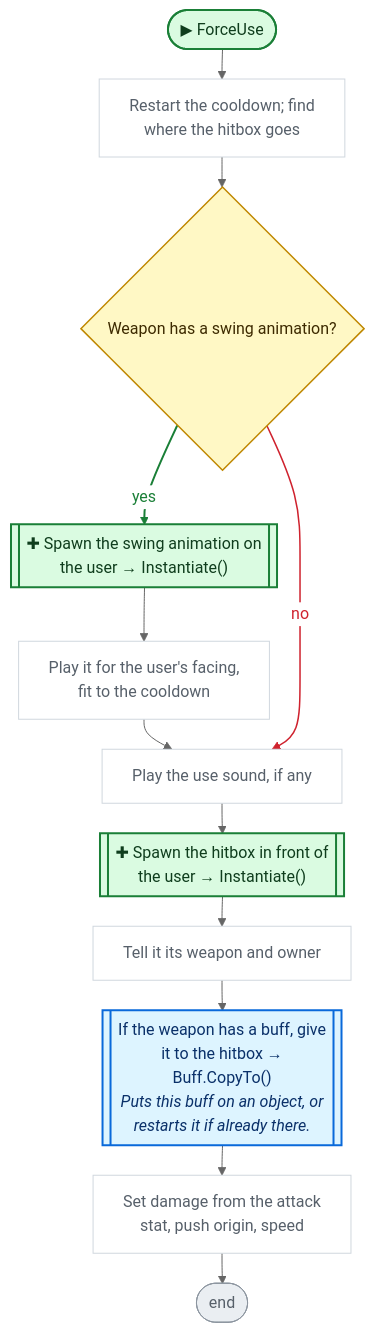
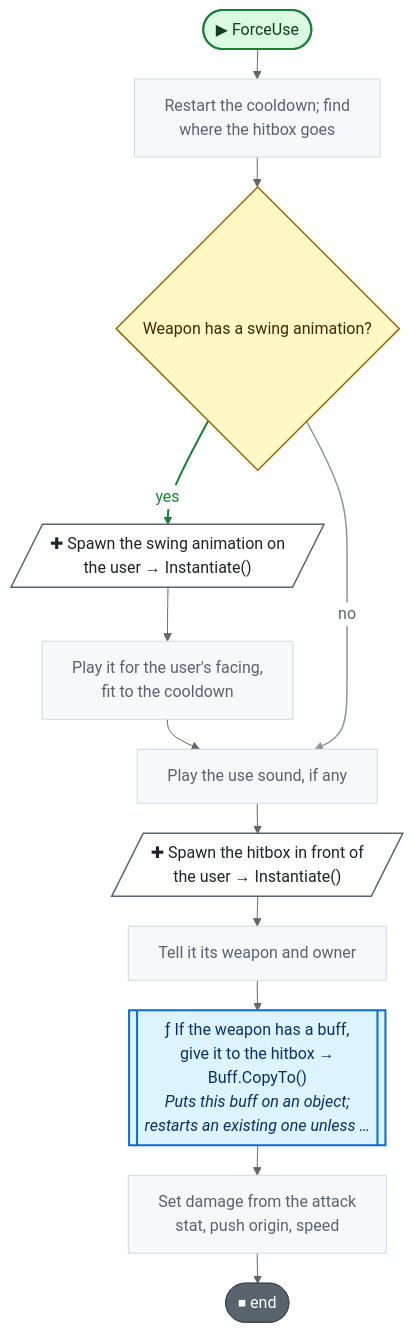
The third of 15 diagrams in CodeGraph~/graph/Player.cs.md (nataiai/Lord-of-the-Dungeon), drawn with Mermaid (neutral theme) before and after one commit. The commit also changed other lines of this file and 57 other files, not shown here.

````diff
--- a/CodeGraph~/graph/Player.cs.md
+++ b/CodeGraph~/graph/Player.cs.md
@@ -117,54 +119,54 @@
 ```mermaid
 ---
 config:
   flowchart:
     wrappingWidth: 260
     nodeSpacing: 26
     rankSpacing: 30
 ---
 flowchart TD
   nS(["▶ ForceUse"])
   n59933a["Restart the cooldown; find<br>where the hitbox goes"]
   n184ee8{"Weapon has a swing animation?"}
-  n5f085a[["✚ Spawn the swing animation on<br>the user → Instantiate()"]]
+  n5f085a[/"✚ Spawn the swing animation on<br>the user → Instantiate()"/]
   n591cb1["Play it for the user's facing,<br>fit to the cooldown"]
   n40e0cc["Play the use sound, if any"]
-  n7d38b4[["✚ Spawn the hitbox in front of<br>the user → Instantiate()"]]
+  n7d38b4[/"✚ Spawn the hitbox in front of<br>the user → Instantiate()"/]
   nfb7e5e["Tell it its weapon and owner"]
-  n5cabe4[["If the weapon has a buff, give<br>it to the hitbox →<br>Buff.CopyTo()<br><i>Puts this buff on an object, or</i><br><i>restarts it if already there.</i>"]]
+  n5cabe4[["ƒ If the weapon has a buff,<br>give it to the hitbox →<br>Buff.CopyTo()<br><i>Puts this buff on an object;</i><br><i>restarts an existing one unless …</i>"]]
   n8020f5["Set damage from the attack<br>stat, push origin, speed"]
-  nE(["end"])
+  nE(["⏹ end"])
   nS --> n59933a
   n59933a --> n184ee8
   n184ee8 -->|yes| n5f085a
   n5f085a --> n591cb1
   n591cb1 --> n40e0cc
   n184ee8 -->|no| n40e0cc
   n40e0cc --> n7d38b4
   n7d38b4 --> nfb7e5e
   nfb7e5e --> n5cabe4
   n5cabe4 --> n8020f5
   n8020f5 --> nE
   linkStyle 2 stroke:#1a7f37,stroke-width:2px,color:#1a7f37
-  linkStyle 5 stroke:#cf222e,stroke-width:1.5px,color:#cf222e
+  linkStyle 5 stroke:#8c959f,stroke-width:1.5px,color:#59636e
   classDef unity fill:#dafbe1,stroke:#1a7f37,stroke-width:2px,color:#0f3d1d
   classDef start fill:#dafbe1,stroke:#1a7f37,stroke-width:2px,color:#0f3d1d
-  classDef calc fill:#ffffff,stroke:#d0d7de,color:#57606a
+  classDef calc fill:#f6f8fa,stroke:#d1d9e0,color:#59636e
   classDef calls fill:#ddf4ff,stroke:#0969da,stroke-width:2px,color:#0a3069
-  classDef ext fill:#ddf4ff,stroke:#0969da,stroke-width:2px,stroke-dasharray:5 3,color:#0a3069
-  classDef cond fill:#fff8c5,stroke:#bf8700,stroke-width:1.5px,color:#3d2a00
-  classDef loop fill:#f6f8fa,stroke:#57606a,color:#1f2328
-  classDef exit fill:#ffebe9,stroke:#cf222e,color:#82071e
+  classDef ext fill:#f6f8fa,stroke:#59636e,stroke-width:1.5px,stroke-dasharray:5 5,color:#1f2328
+  classDef cond fill:#fff8c5,stroke:#9a6700,stroke-width:1.5px,color:#3d2a00
+  classDef loop fill:#fff8c5,stroke:#9a6700,color:#3d2a00
+  classDef wait fill:#fff8c5,stroke:#9a6700,color:#3d2a00
+  classDef exit fill:#59636e,stroke:#424a53,color:#ffffff
+  classDef fin fill:#59636e,stroke:#424a53,color:#ffffff
+  classDef act fill:#ffffff,stroke:#59636e,stroke-width:1.5px,color:#1f2328
   classDef kill fill:#ffebe9,stroke:#cf222e,stroke-width:2px,color:#82071e
-  classDef spawn fill:#dafbe1,stroke:#1a7f37,stroke-width:2px,color:#0f3d1d
-  classDef wait fill:#fff1e5,stroke:#bc4c00,color:#4d1d00
-  classDef fin fill:#eaeef2,stroke:#8c959f,color:#57606a
   classDef join fill:#d0d7de,stroke:#8c959f,color:#57606a
   classDef ghdr fill:#f5f9ff,stroke:#f5f9ff,color:#0a3069,font-weight:bold
+  class n5f085a,n7d38b4 act
   class n59933a,n591cb1,n40e0cc,nfb7e5e,n8020f5 calc
   class n5cabe4 calls
   class n184ee8 cond
   class nE fin
-  class n5f085a,n7d38b4 spawn
   class nS start
 ```
````
